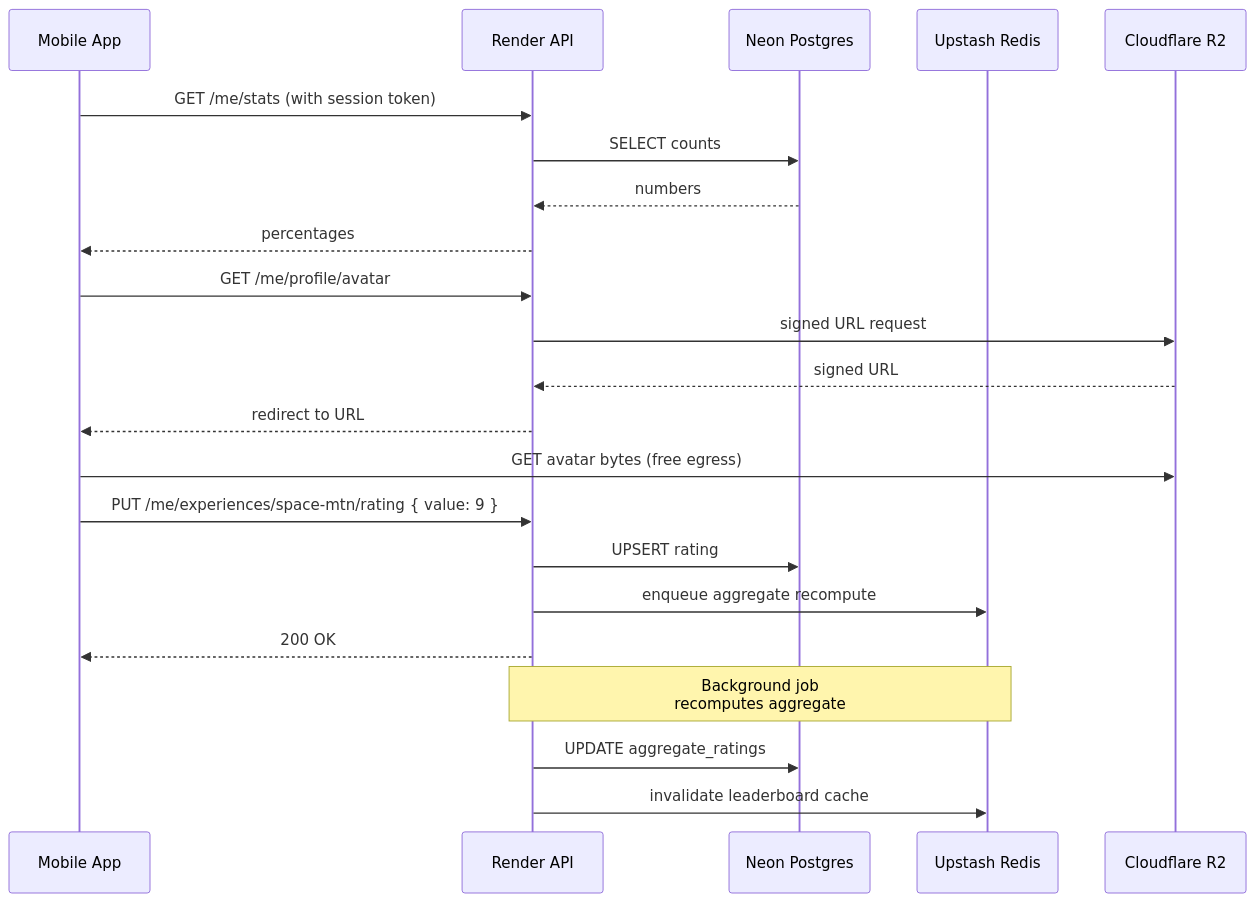
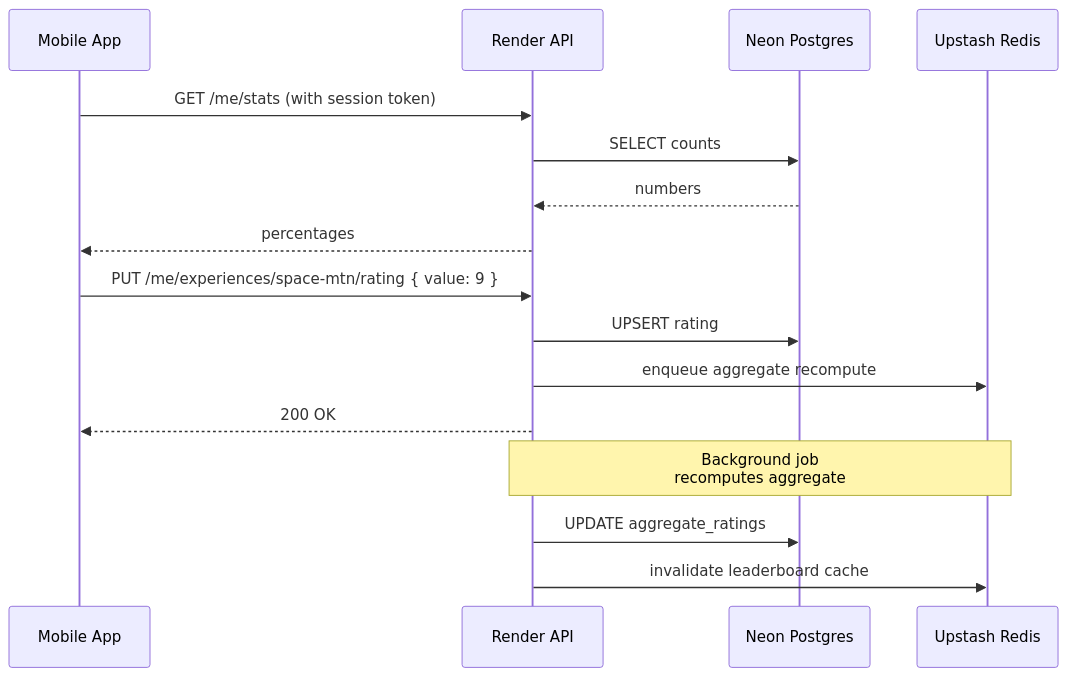
The second of 2 diagrams in docs/hosting.md (knicksak2/disney-world-tracker), drawn with Mermaid before and after one commit. The commit also changed other lines of this file and 69 other files, not shown here.

````diff
--- a/docs/hosting.md
+++ b/docs/hosting.md
@@ -263,28 +226,21 @@
 ```mermaid
 sequenceDiagram
     participant App as Mobile App
     participant Render as Render API
     participant Neon as Neon Postgres
     participant Upstash as Upstash Redis
-    participant R2 as Cloudflare R2
 
     App->>Render: GET /me/stats (with session token)
     Render->>Neon: SELECT counts
     Neon-->>Render: numbers
     Render-->>App: percentages
-
-    App->>Render: GET /me/profile/avatar
-    Render->>R2: signed URL request
-    R2-->>Render: signed URL
-    Render-->>App: redirect to URL
-    App->>R2: GET avatar bytes (free egress)
 
     App->>Render: PUT /me/experiences/space-mtn/rating { value: 9 }
     Render->>Neon: UPSERT rating
     Render->>Upstash: enqueue aggregate recompute
     Render-->>App: 200 OK
 
     Note over Render,Upstash: Background job<br/>recomputes aggregate
     Render->>Neon: UPDATE aggregate_ratings
     Render->>Upstash: invalidate leaderboard cache
 ```
````
